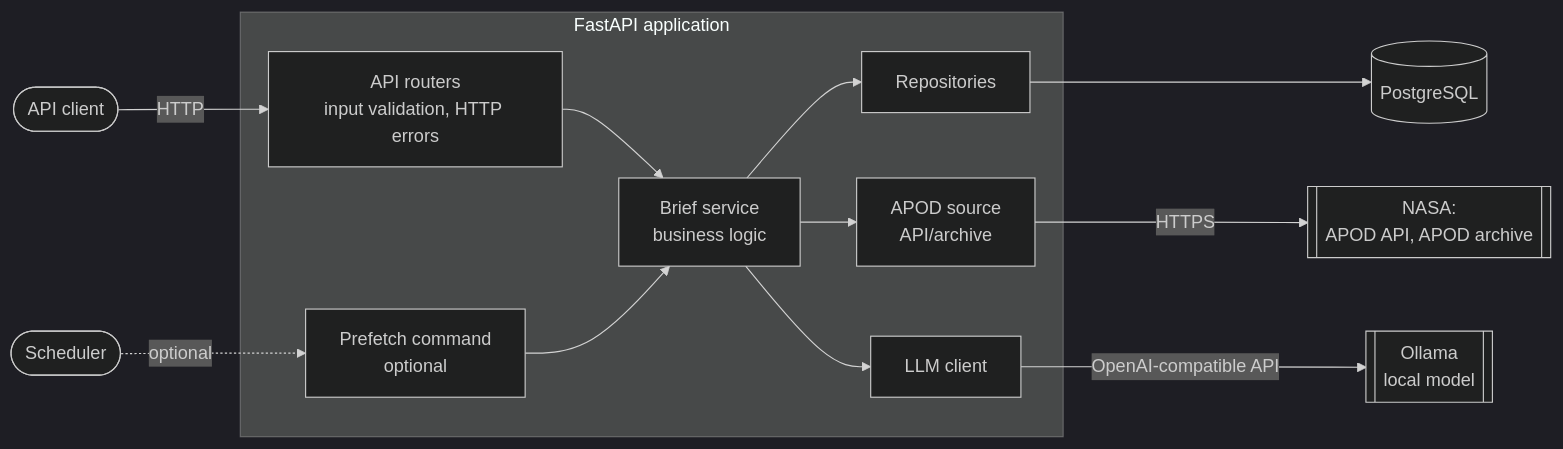
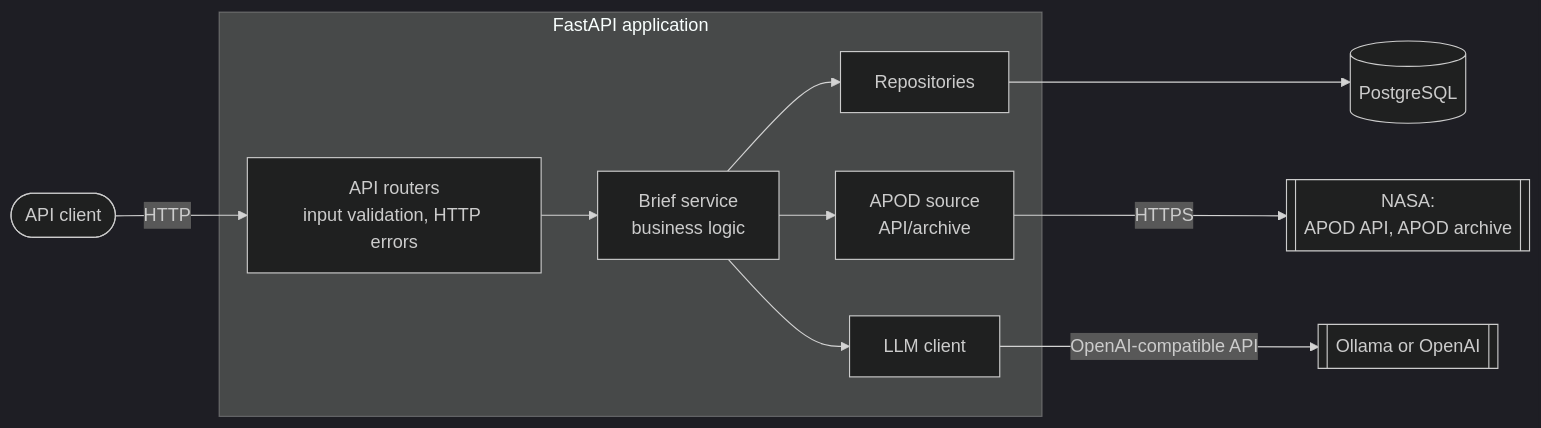
The first of 3 diagrams in README.md (OstapchukIryna/astronomy-brief), drawn with Mermaid (dark theme) before and after one commit. The commit also changed other lines of this file and 8 other files, not shown here.

````diff
--- a/README.md
+++ b/README.md
@@ -34,23 +34,20 @@
 ```mermaid
 flowchart LR
     user([API client]) -->|HTTP| api
-    scheduler([Scheduler]) -.->|optional| job
 
     subgraph app [FastAPI application]
         api[API routers<br/>input validation, HTTP errors]
-        job[Prefetch command<br/>optional]
         svc[Brief service<br/>business logic]
         repo[Repositories]
         apod[APOD source<br/>API/archive]
         llm[LLM client]
     end
 
     api --> svc
-    job --> svc
     svc --> repo
     svc --> apod
     svc --> llm
     repo --> db[(PostgreSQL)]
     apod -->|HTTPS| nasa[[NASA:<br/>APOD API, APOD archive]]
-    llm -->|OpenAI-compatible API| ollama[[Ollama<br/>local model]]
+    llm -->|OpenAI-compatible API| model[[Ollama or OpenAI]]
 ```
````
